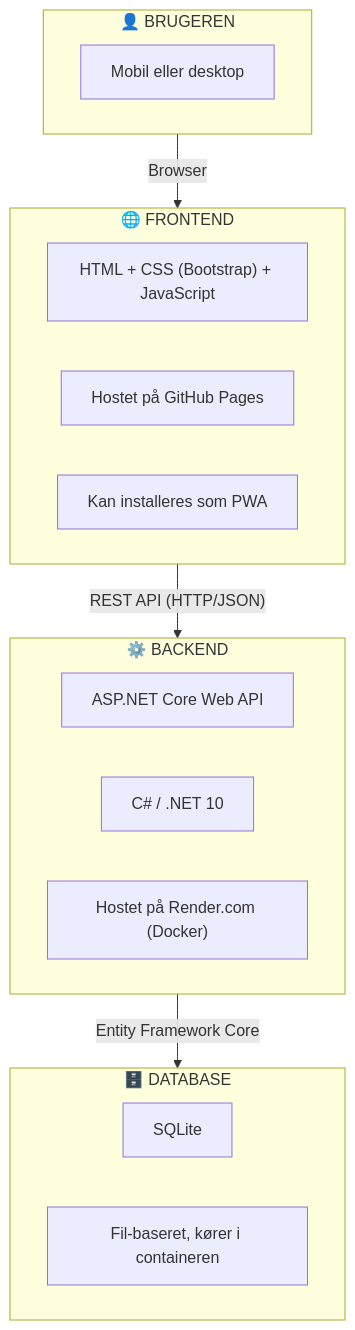
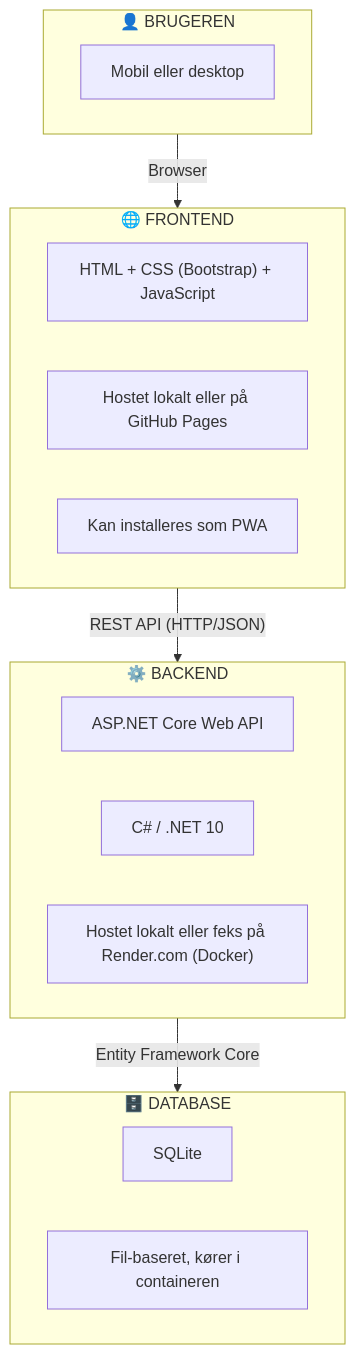
One commit to devcronberg/Northwind.App.Kursus changed the first of 2 diagrams in docs/overblik.md. Above: the diagram before and after it, drawn with Mermaid. The commit also changed other lines of this file and 1 other file, not shown here.

````diff
--- a/docs/overblik.md
+++ b/docs/overblik.md
@@ -17,31 +17,31 @@
 ```mermaid
 flowchart TB
     subgraph USER["👤 BRUGEREN"]
         direction LR
         U1["Mobil eller desktop"]
     end
     
     subgraph FRONTEND["🌐 FRONTEND"]
         direction LR
         F1["HTML + CSS (Bootstrap) + JavaScript"]
-        F2["Hostet på GitHub Pages"]
+        F2["Hostet lokalt eller på GitHub Pages"]
         F3["Kan installeres som PWA"]
     end
     
     subgraph BACKEND["⚙️ BACKEND"]
         direction LR
         B1["ASP.NET Core Web API"]
         B2["C# / .NET 10"]
-        B3["Hostet på Render.com (Docker)"]
+        B3["Hostet lokalt eller feks på Render.com (Docker)"]
     end
     
     subgraph DATABASE["🗄️ DATABASE"]
         direction LR
         D1["SQLite"]
         D2["Fil-baseret, kører i containeren"]
     end
     
     USER -->|"Browser"| FRONTEND
     FRONTEND -->|"REST API (HTTP/JSON)"| BACKEND
     BACKEND -->|"Entity Framework Core"| DATABASE
 ```
````
